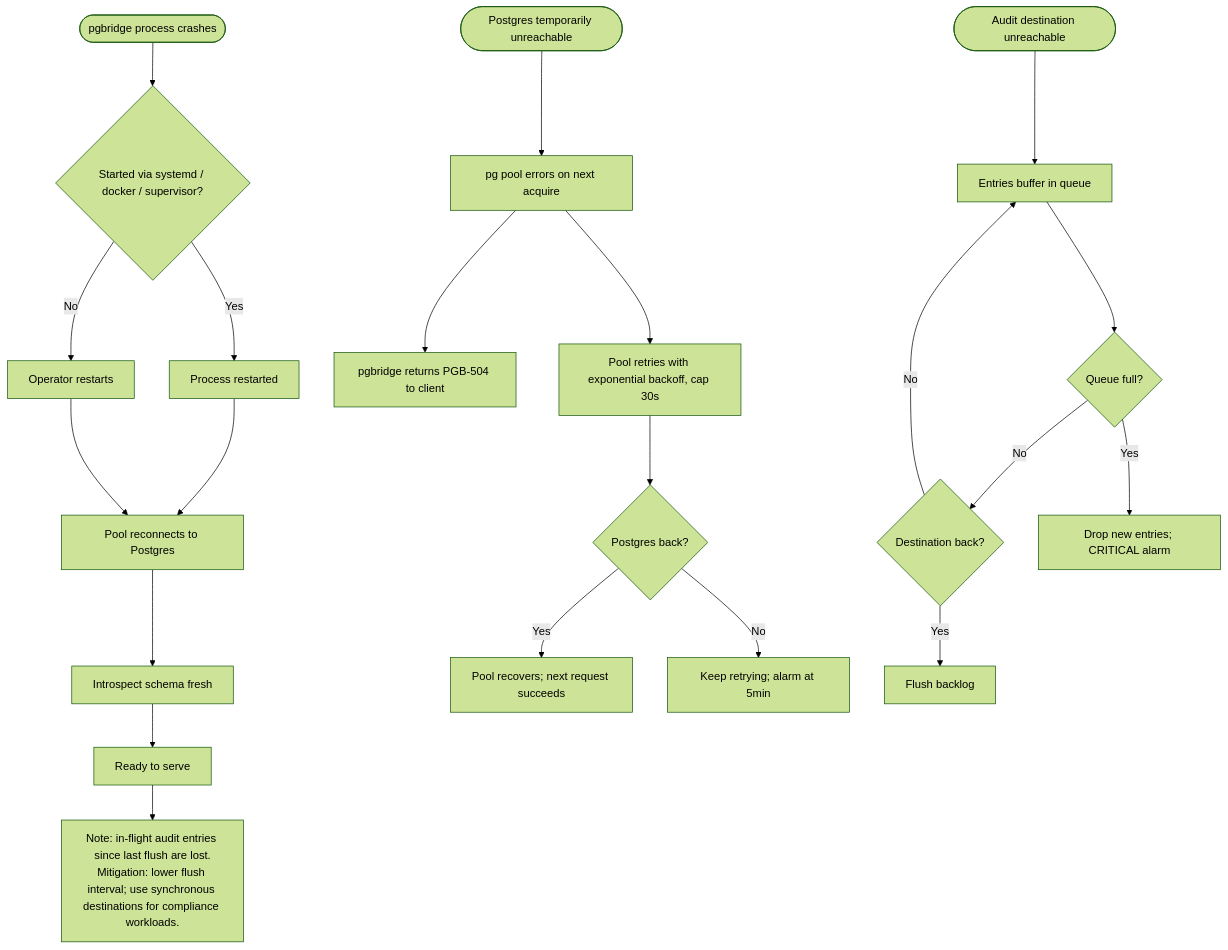
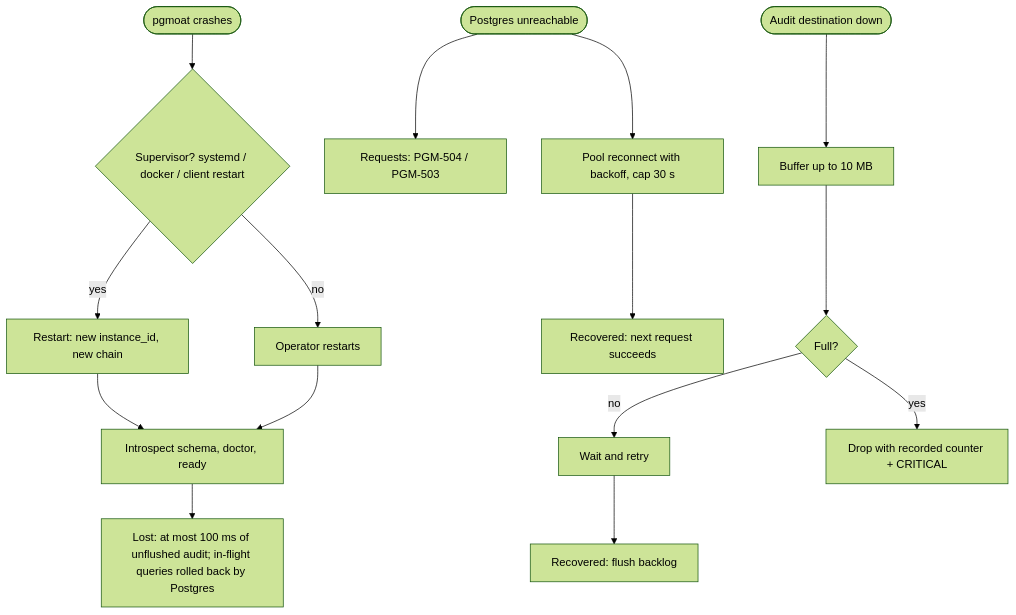
Before and after one commit to Kitalon-Labs-LLC/pgmoat: diagram 13 of 14 in pgmoat-appflow.md, drawn with Mermaid (forest theme). The commit also changed other lines of this file and 11 other files, not shown here.

````diff
--- a/pgmoat-appflow.md
+++ b/pgmoat-appflow.md
@@ -428,25 +335,19 @@
 ```mermaid
 flowchart TD
-    Crash([pgbridge process crashes]) --> SD{Started via systemd / docker / supervisor?}
-    SD -- Yes --> AutoRestart[Process restarted]
-    SD -- No --> Manual[Operator restarts]
-    AutoRestart --> Reconnect[Pool reconnects to Postgres]
-    Manual --> Reconnect
-    Reconnect --> SchemaRebuild[Introspect schema fresh]
-    SchemaRebuild --> Ready[Ready to serve]
-    Ready --> Note1[Note: in-flight audit entries since last flush are lost.<br/>Mitigation: lower flush interval; use synchronous destinations for compliance workloads.]
+    C([pgmoat crashes]) --> S{Supervisor? systemd / docker / client restart}
+    S -- yes --> R[Restart: new instance_id, new chain]
+    S -- no --> M[Operator restarts]
+    R --> I[Introspect schema, doctor, ready]
+    M --> I
+    I --> N[Lost: at most 100 ms of unflushed audit; in-flight queries rolled back by Postgres]
 
-    PGFail([Postgres temporarily unreachable]) --> PoolError[pg pool errors on next acquire]
-    PoolError --> RetryClient[pgbridge returns PGB-504 to client]
-    PoolError --> Backoff[Pool retries with exponential backoff, cap 30s]
-    Backoff --> PGUp{Postgres back?}
-    PGUp -- Yes --> Recover[Pool recovers; next request succeeds]
-    PGUp -- No --> Keep[Keep retrying; alarm at 5min]
+    PG([Postgres unreachable]) --> E1[Requests: PGM-504 / PGM-503]
+    PG --> B1[Pool reconnect with backoff, cap 30 s]
+    B1 --> OK1[Recovered: next request succeeds]
 
-    AuditFail([Audit destination unreachable]) --> Queue[Entries buffer in queue]
-    Queue --> QueueFull{Queue full?}
-    QueueFull -- No --> DestUp{Destination back?}
-    QueueFull -- Yes --> Drop[Drop new entries; CRITICAL alarm]
-    DestUp -- Yes --> FlushAll[Flush backlog]
-    DestUp -- No --> Queue
+    AD([Audit destination down]) --> Q1[Buffer up to 10 MB]
+    Q1 --> F1{Full?}
+    F1 -- no --> W1[Wait and retry]
+    F1 -- yes --> D1[Drop with recorded counter + CRITICAL]
+    W1 --> OK2[Recovered: flush backlog]
 ```
````
